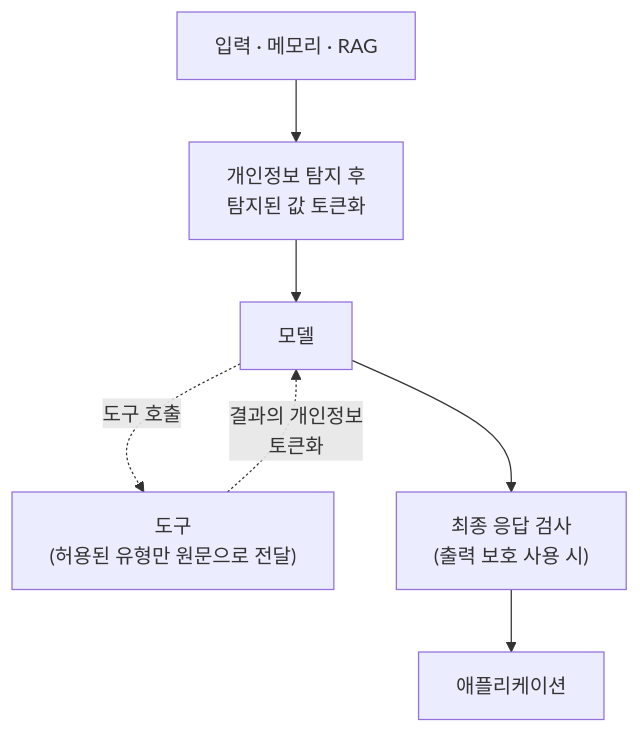
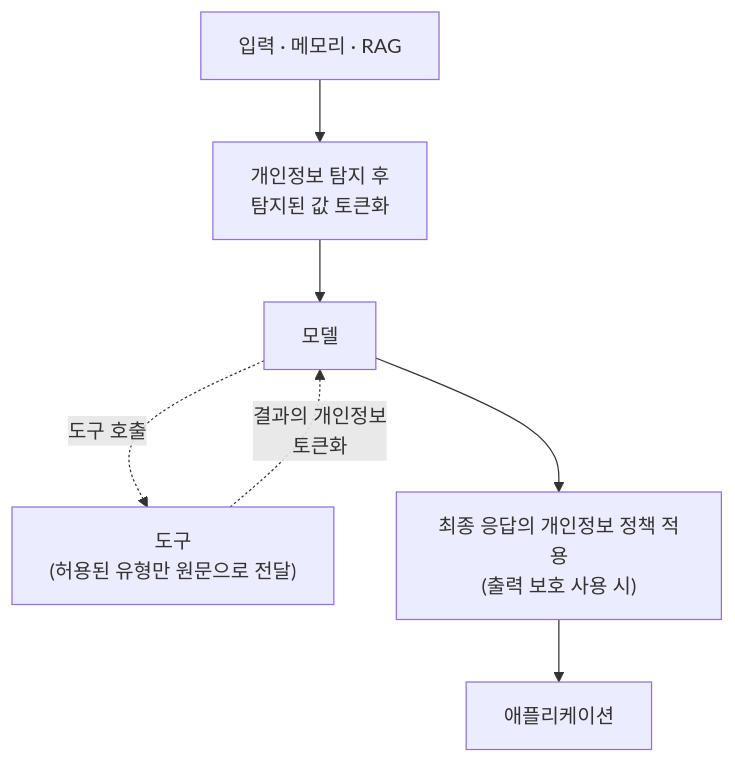
One commit to ultramancode/spring-ai-privacy-guardrails changed the first of 5 diagrams in docs/ko/architecture.md. Above: the diagram before and after it, drawn with Mermaid. The commit also changed other lines of this file and 51 other files, not shown here.

````diff
--- a/docs/ko/architecture.md
+++ b/docs/ko/architecture.md
@@ -21,9 +24,9 @@
 ```mermaid
 flowchart TD
     A["입력 · 메모리 · RAG"] --> B["개인정보 탐지 후<br/>탐지된 값 토큰화"]
     B --> C["모델"]
     C -. "도구 호출" .-> D["도구<br/>(허용된 유형만 원문으로 전달)"]
     D -. "결과의 개인정보<br/>토큰화" .-> C
-    C --> E["최종 응답 검사<br/>(출력 보호 사용 시)"]
+    C --> E["최종 응답의 개인정보 정책 적용<br/>(출력 보호 사용 시)"]
     E --> F["애플리케이션"]
 ```
````
